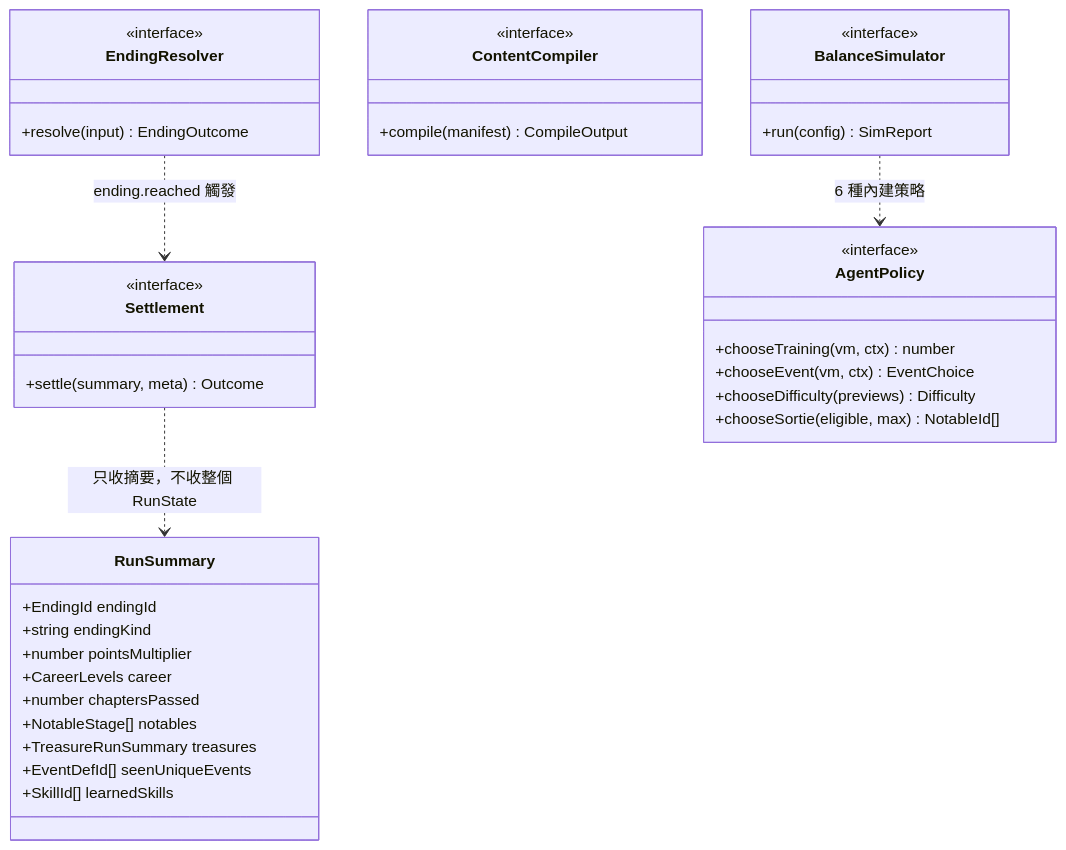
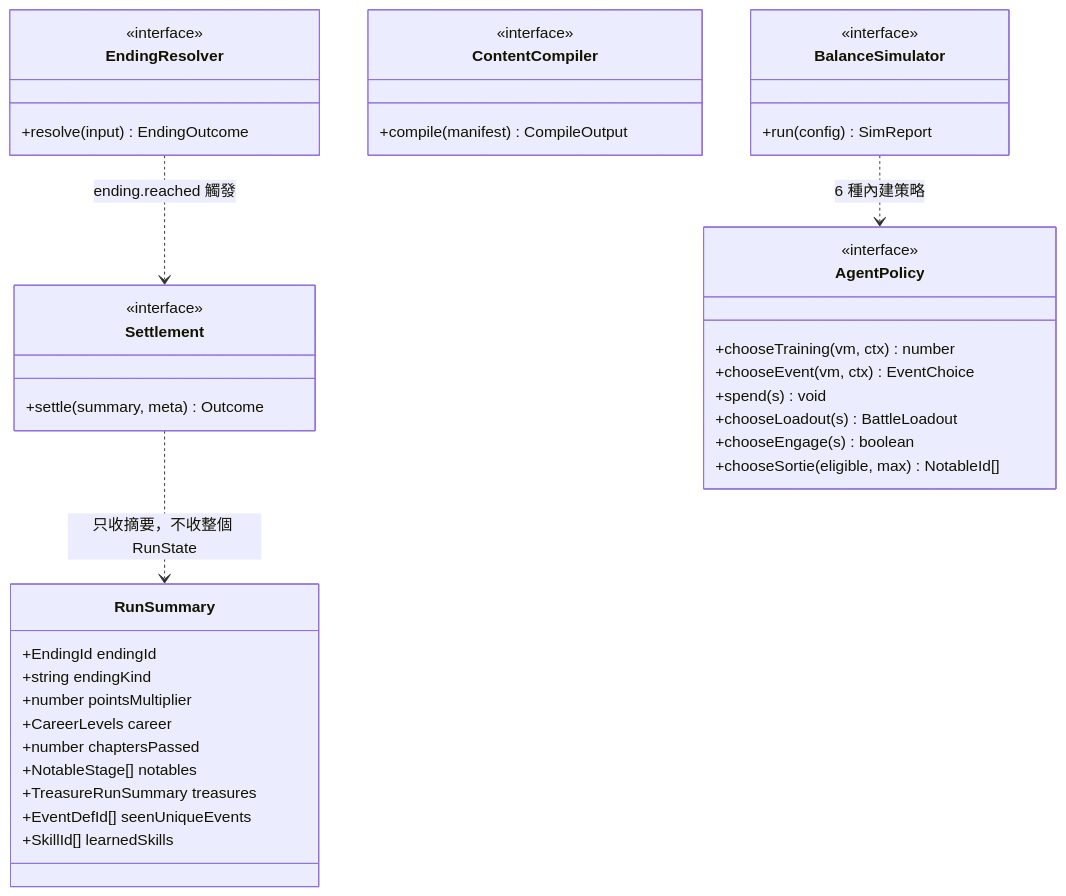
The ninth of 9 diagrams in docs/architecture/module-map.md (SBGChang/ThreeKindomDream), drawn with Mermaid before and after one commit. The commit also changed other lines of this file and 68 other files, not shown here.

````diff
--- a/docs/architecture/module-map.md
+++ b/docs/architecture/module-map.md
@@ -448,41 +443,43 @@
 ```mermaid
 classDiagram
   class EndingResolver {
     <<interface>>
     +resolve(input) EndingOutcome
   }
   class Settlement {
     <<interface>>
     +settle(summary, meta) Outcome
   }
   class RunSummary {
     +EndingId endingId
     +string endingKind
     +number pointsMultiplier
     +CareerLevels career
     +number chaptersPassed
     +NotableStage[] notables
     +TreasureRunSummary treasures
     +EventDefId[] seenUniqueEvents
     +SkillId[] learnedSkills
   }
   class ContentCompiler {
     <<interface>>
     +compile(manifest) CompileOutput
   }
   class BalanceSimulator {
     <<interface>>
     +run(config) SimReport
   }
   class AgentPolicy {
     <<interface>>
     +chooseTraining(vm, ctx) number
     +chooseEvent(vm, ctx) EventChoice
-    +chooseDifficulty(previews) Difficulty
+    +spend(s) void
+    +chooseLoadout(s) BattleLoadout
+    +chooseEngage(s) boolean
     +chooseSortie(eligible, max) NotableId[]
   }
 
   EndingResolver ..> Settlement : ending.reached 觸發
   Settlement ..> RunSummary : 只收摘要，不收整個 RunState
   BalanceSimulator ..> AgentPolicy : 6 種內建策略
 ```
````
